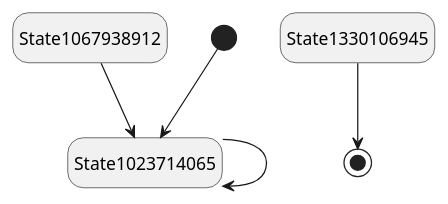
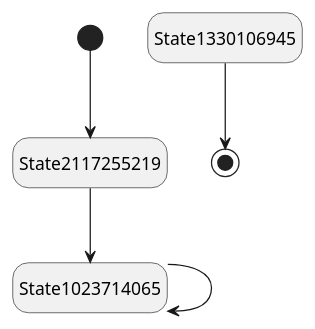
The diagram in minimalSealed.puml (doljae/toy), drawn with PlantUML before and after one commit.

Commit message:
minimal sealed class

```diff
--- a/minimalSealed.puml
+++ b/minimalSealed.puml
@@ -1,11 +1,11 @@
 @startuml
 hide empty description
-state State1067938912
+state State2117255219
 state State1023714065
 state State1330106945
 
-[*] --> State1023714065
-State1067938912 --> State1023714065
+[*] --> State2117255219
+State2117255219 --> State1023714065
 State1023714065 --> State1023714065
 State1330106945 --> [*]
 @enduml
```
